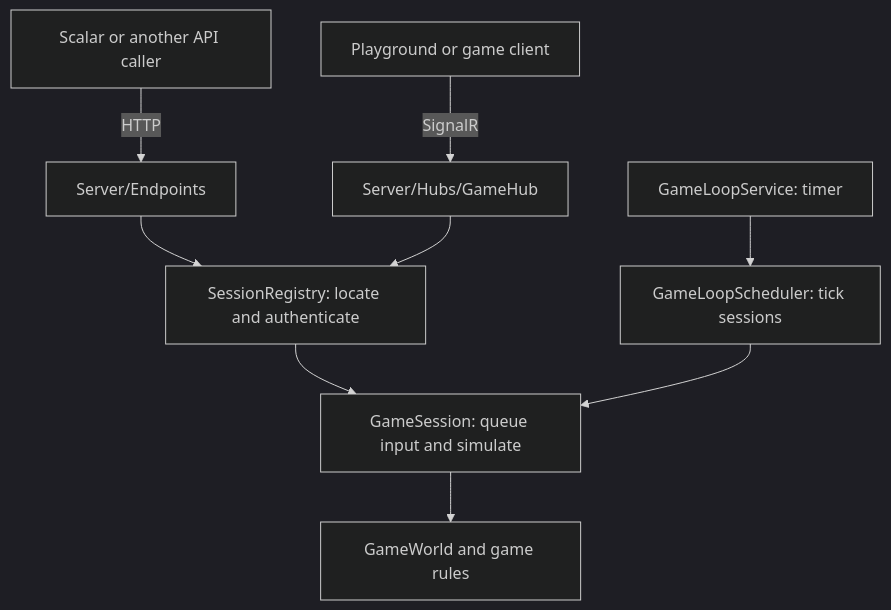
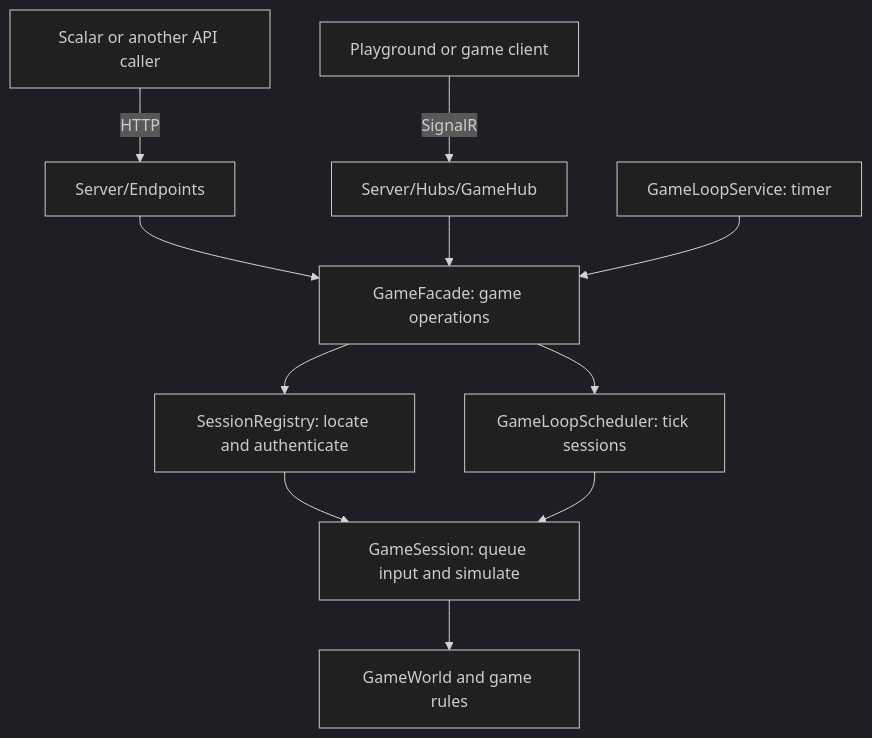
Before and after one commit to YoBoyJonas/OPP: the diagram in docs/CODE_WALKTHROUGH.md, drawn with Mermaid (dark theme). The commit also changed other lines of this file and 335 other files, not shown here.

````diff
--- a/docs/CODE_WALKTHROUGH.md
+++ b/docs/CODE_WALKTHROUGH.md
@@ -18,11 +20,13 @@
 ```mermaid
 flowchart TB
     Scalar["Scalar or another API caller"] -->|HTTP| Endpoints["Server/Endpoints"]
     Client["Playground or game client"] -->|SignalR| Hub["Server/Hubs/GameHub"]
-    Endpoints --> Registry["SessionRegistry: locate and authenticate"]
-    Hub --> Registry
+    Endpoints --> Facade["GameFacade: game operations"]
+    Hub --> Facade
+    Facade --> Registry["SessionRegistry: locate and authenticate"]
     Registry --> Session["GameSession: queue input and simulate"]
-    Clock["GameLoopService: timer"] --> Scheduler["GameLoopScheduler: tick sessions"]
+    Clock["GameLoopService: timer"] --> Facade
+    Facade --> Scheduler["GameLoopScheduler: tick sessions"]
     Scheduler --> Session
     Session --> World["GameWorld and game rules"]
 ```
````
